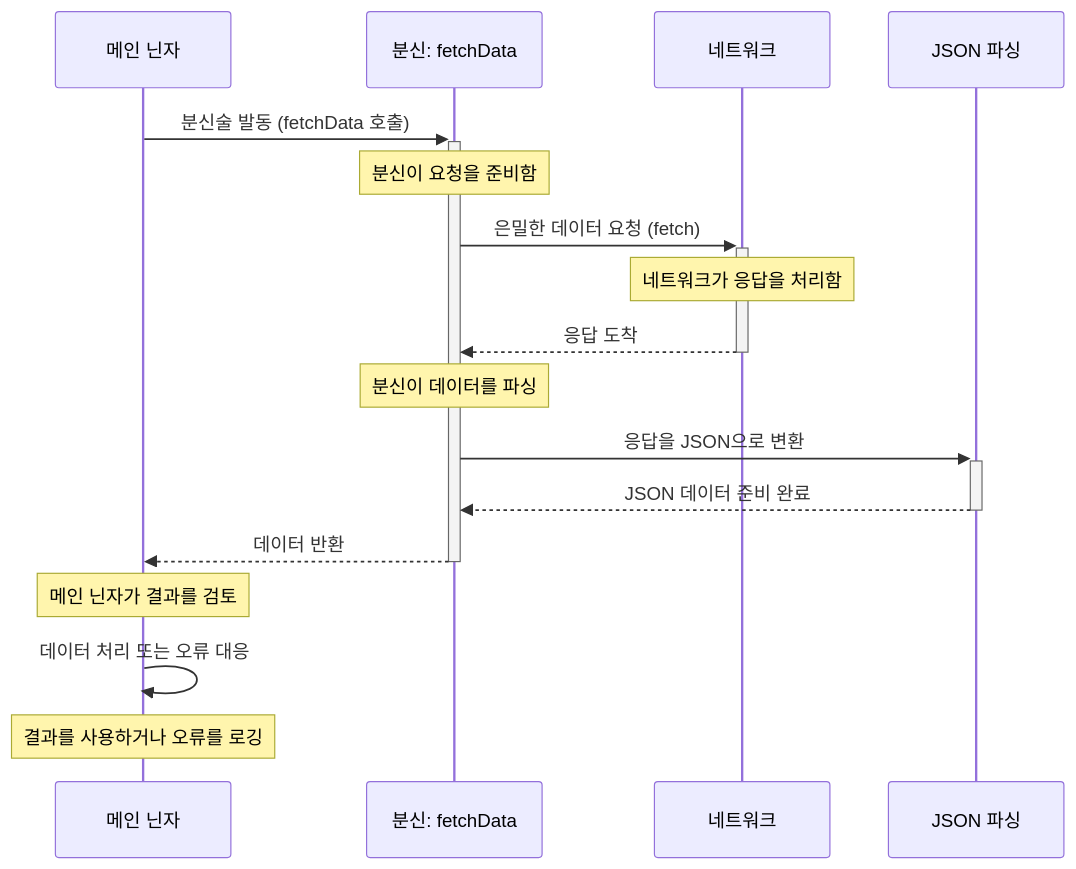
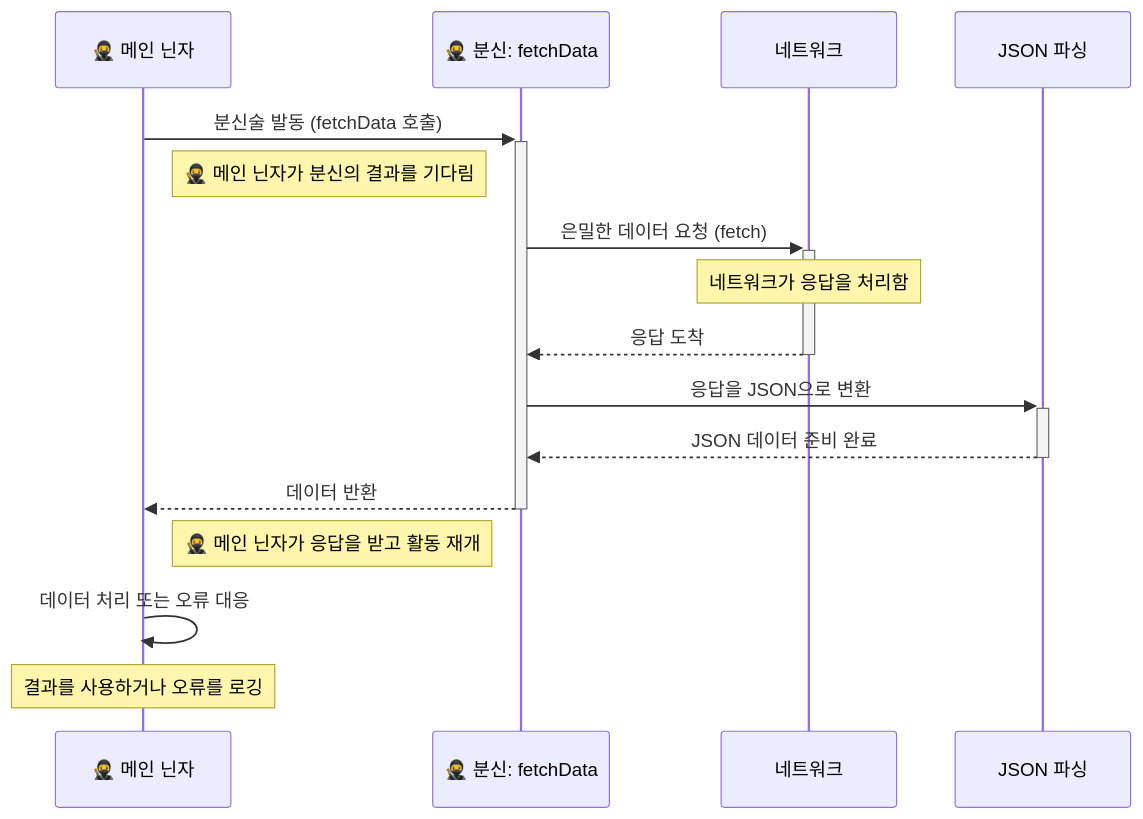
Before and after one commit to ej31/whatispromise: the diagram in ReadMe.md, drawn with Mermaid. The commit also changed other lines of this file and 8 other files, not shown here.

````diff
--- a/ReadMe.md
+++ b/ReadMe.md
@@ -46,20 +46,19 @@
 ```mermaid
 sequenceDiagram
-    participant MN as 메인 닌자
-    participant CS as 분신: fetchData
+    participant MN as 🥷 메인 닌자
+    participant CS as 🥷 분신: fetchData
     participant NW as 네트워크
     participant JS as JSON 파싱
 
     MN->>+CS: 분신술 발동 (fetchData 호출)
-    Note over CS: 분신이 요청을 준비함
+    Note right of MN: 🥷 메인 닌자가 분신의 결과를 기다림
     CS->>+NW: 은밀한 데이터 요청 (fetch)
     Note over NW: 네트워크가 응답을 처리함
     NW-->>-CS: 응답 도착
-    Note over CS: 분신이 데이터를 파싱
     CS->>+JS: 응답을 JSON으로 변환
     JS-->>-CS: JSON 데이터 준비 완료
     CS-->>-MN: 데이터 반환
-    Note over MN: 메인 닌자가 결과를 검토
+    Note right of MN: 🥷 메인 닌자가 응답을 받고 활동 재개
     MN->>MN: 데이터 처리 또는 오류 대응
     Note over MN: 결과를 사용하거나 오류를 로깅
 ```
````
